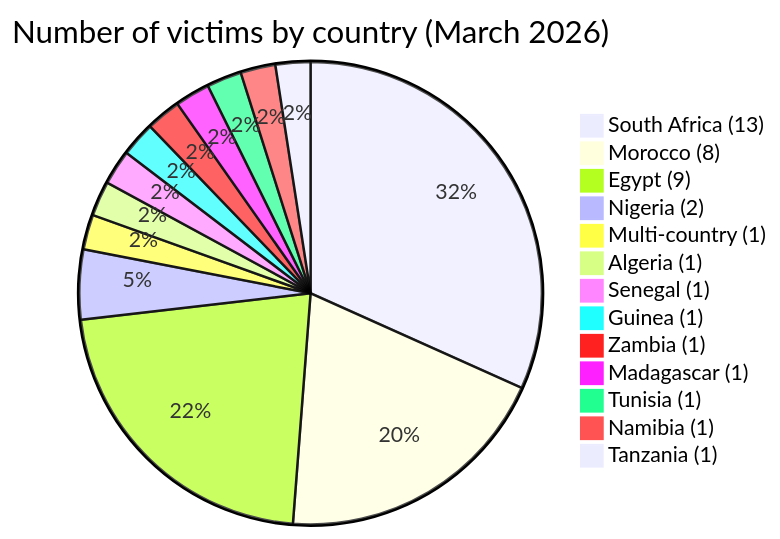
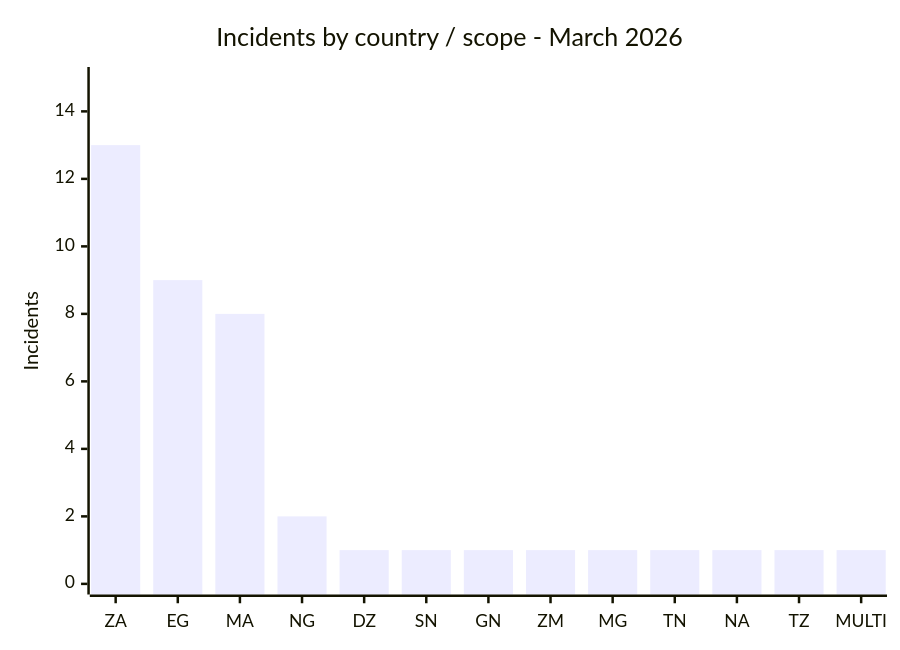
Before and after one commit to Hatchepsoute/AFRINTEL: the second of 6 diagrams in CyberAttackAfrica/2026/03-march/README.md, drawn with Mermaid. The commit also changed other lines of this file and 45 other files, not shown here.

````diff
--- a/CyberAttackAfrica/2026/03-march/README.md
+++ b/CyberAttackAfrica/2026/03-march/README.md
@@ -61,17 +120,7 @@
 ```mermaid
-pie
- title Number of victims by country (March 2026)
- "South Africa (13)" : 13
- "Morocco (8)" : 8
- "Egypt (9)" : 9
- "Nigeria (2)" : 2
- "Multi-country (1)" : 1
- "Algeria (1)" : 1
- "Senegal (1)" : 1
- "Guinea (1)" : 1
- "Zambia (1)" : 1
- "Madagascar (1)" : 1
- "Tunisia (1)" : 1
- "Namibia (1)" : 1
- "Tanzania (1)" : 1
+xychart-beta
+    title "Incidents by country / scope - March 2026"
+    x-axis ["ZA", "EG", "MA", "NG", "DZ", "SN", "GN", "ZM", "MG", "TN", "NA", "TZ", "MULTI"]
+    y-axis "Incidents" 0 --> 15
+    bar [13, 9, 8, 2, 1, 1, 1, 1, 1, 1, 1, 1, 1]
 ```
````
